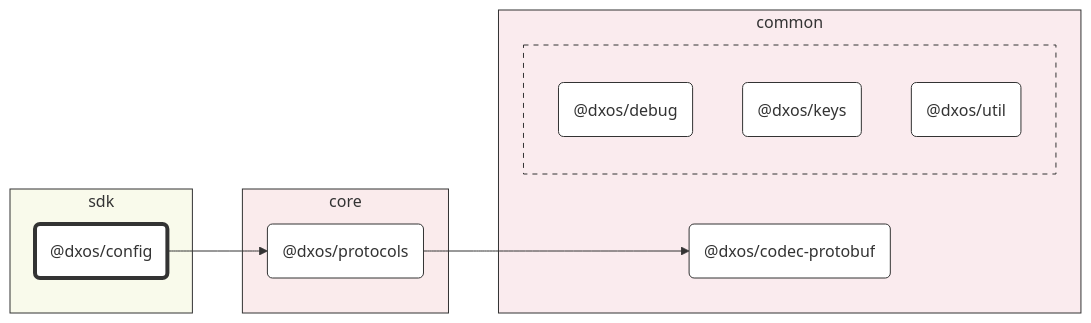
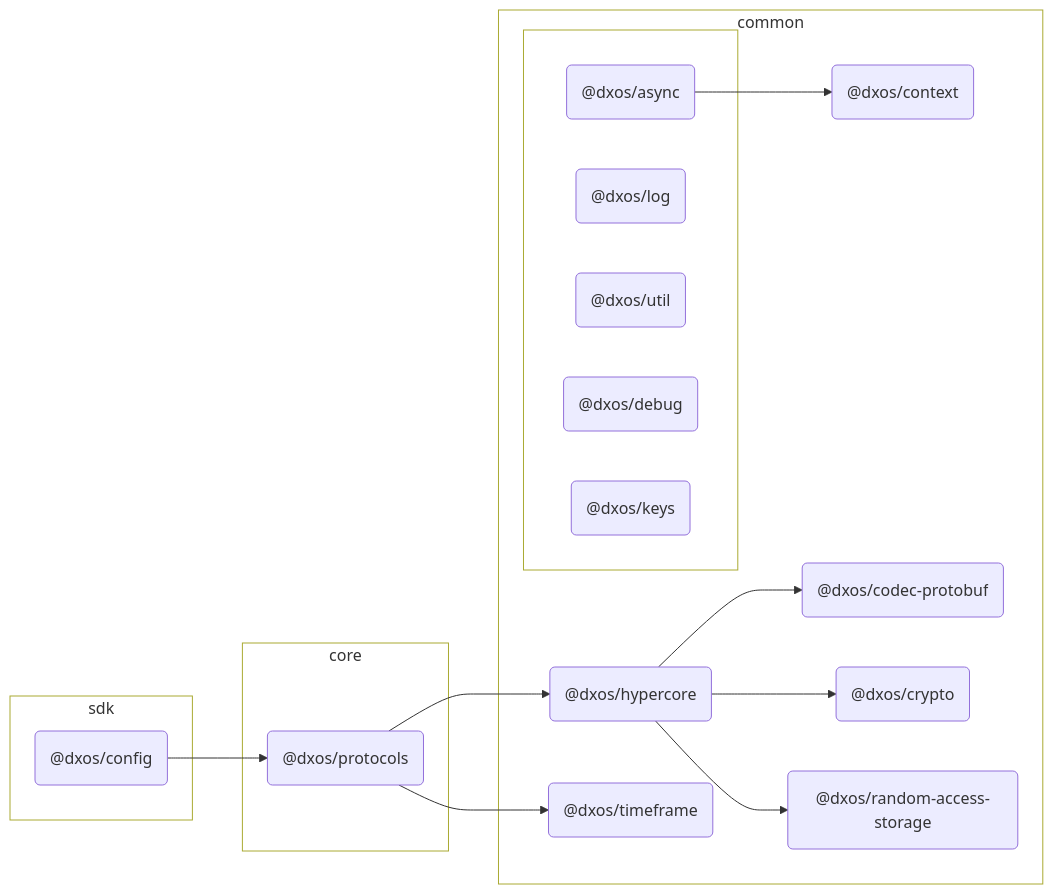
Before and after one commit to dxos/dxos: the diagram in packages/sdk/config/docs/README.md, drawn with Mermaid. The commit also changed other lines of this file and 126 other files, not shown here.

````diff
--- a/packages/sdk/config/docs/README.md
+++ b/packages/sdk/config/docs/README.md
@@ -7,44 +7,62 @@
 ```mermaid
 %%{ init: {'flowchart':{'curve':'basis'}} }%%
 
 flowchart LR
 
 %% Classes
-classDef def fill:#fff,stroke:#333,stroke-width:1px
-classDef root fill:#fff,stroke:#333,stroke-width:4px
+
+
 
 %% Nodes
 
 subgraph sdk [sdk]
-  style sdk fill:#f9faeb,stroke:#333
+  style sdk fill:transparent
   dxos/config("@dxos/config"):::root
   click dxos/config "dxos/dxos/tree/main/packages/sdk/config/docs"
 end
 
 subgraph common [common]
-  style common fill:#faebee,stroke:#333
+  style common fill:transparent
   dxos/codec-protobuf("@dxos/codec-protobuf"):::def
   click dxos/codec-protobuf "dxos/dxos/tree/main/packages/common/codec-protobuf/docs"
+  dxos/context("@dxos/context"):::def
+  click dxos/context "dxos/dxos/tree/main/packages/common/context/docs"
+  dxos/hypercore("@dxos/hypercore"):::def
+  click dxos/hypercore "dxos/dxos/tree/main/packages/common/hypercore/docs"
+  dxos/crypto("@dxos/crypto"):::def
+  click dxos/crypto "dxos/dxos/tree/main/packages/common/crypto/docs"
+  dxos/random-access-storage("@dxos/random-access-storage"):::def
+  click dxos/random-access-storage "dxos/dxos/tree/main/packages/common/random-access-storage/docs"
+  dxos/timeframe("@dxos/timeframe"):::def
+  click dxos/timeframe "dxos/dxos/tree/main/packages/common/timeframe/docs"
 
   subgraph _ [ ]
-    style _ fill:#faebee,stroke:#333,stroke-dasharray:5 5
+    style _ fill:transparent
+    dxos/async("@dxos/async"):::def
+    click dxos/async "dxos/dxos/tree/main/packages/common/async/docs"
+    dxos/log("@dxos/log"):::def
+    click dxos/log "dxos/dxos/tree/main/packages/common/log/docs"
+    dxos/util("@dxos/util"):::def
+    click dxos/util "dxos/dxos/tree/main/packages/common/util/docs"
     dxos/debug("@dxos/debug"):::def
     click dxos/debug "dxos/dxos/tree/main/packages/common/debug/docs"
     dxos/keys("@dxos/keys"):::def
     click dxos/keys "dxos/dxos/tree/main/packages/common/keys/docs"
-    dxos/util("@dxos/util"):::def
-    click dxos/util "dxos/dxos/tree/main/packages/common/util/docs"
   end
 end
 
 subgraph core [core]
-  style core fill:#faebec,stroke:#333
+  style core fill:transparent
   dxos/protocols("@dxos/protocols"):::def
   click dxos/protocols "dxos/dxos/tree/main/packages/core/protocols/docs"
 end
 
 %% Links
-linkStyle default stroke:#333,stroke-width:1px
+dxos/async --> dxos/context
 dxos/config --> dxos/protocols
-dxos/protocols --> dxos/codec-protobuf
+dxos/protocols --> dxos/hypercore
+dxos/hypercore --> dxos/codec-protobuf
+dxos/hypercore --> dxos/crypto
+dxos/hypercore --> dxos/random-access-storage
+dxos/protocols --> dxos/timeframe
 ```
````
